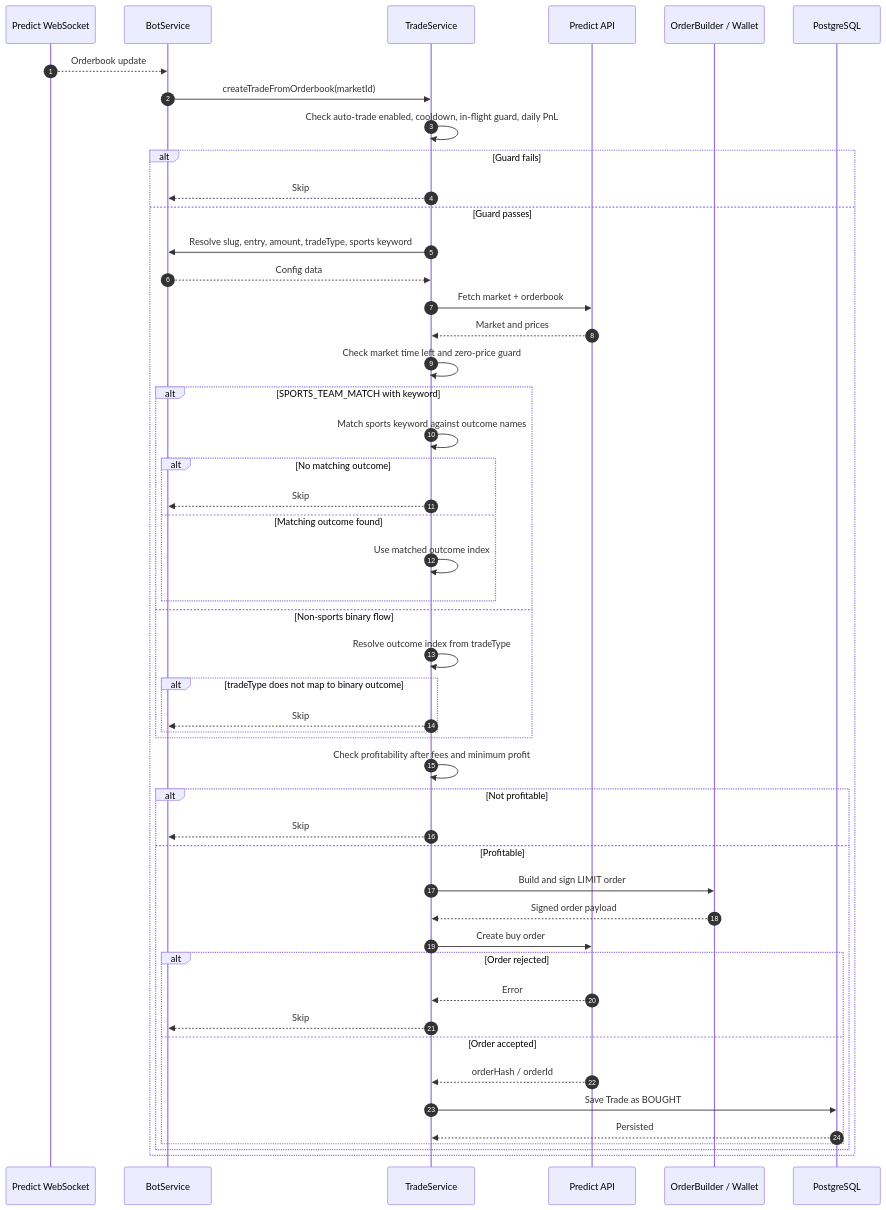
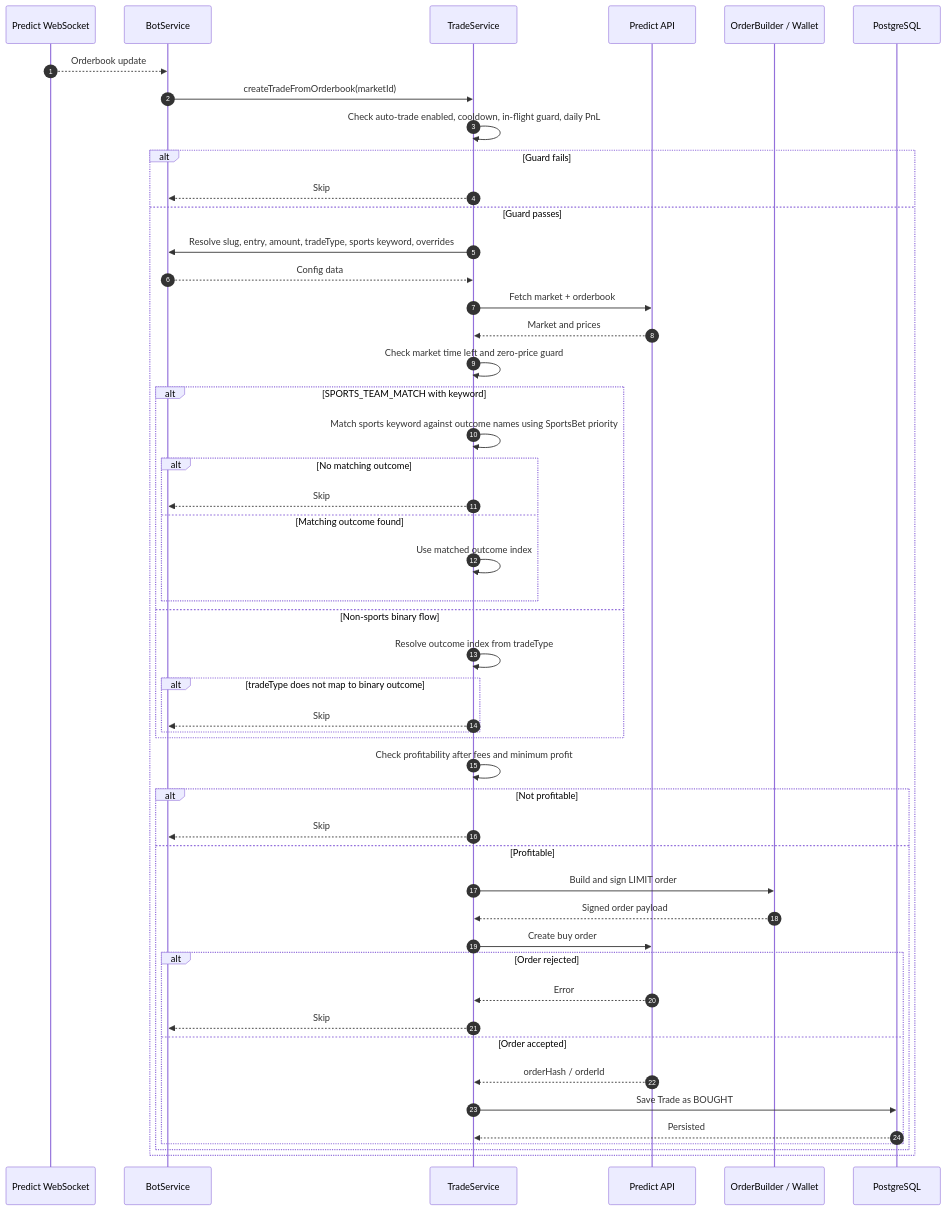
The first of 2 diagrams in docs/trading.md (blckfsh/prediction-market-trading-bot), drawn with Mermaid before and after one commit. The commit also changed other lines of this file and 20 other files, not shown here.

Commit message:
feat: forced the amount to be specified in sports and crypto bet

````diff
--- a/docs/trading.md
+++ b/docs/trading.md
@@ -144,53 +153,53 @@
 ```mermaid
 sequenceDiagram
   autonumber
 
   participant WS as Predict WebSocket
   participant Bot as BotService
   participant Trade as TradeService
   participant API as Predict API
   participant BSC as OrderBuilder / Wallet
   participant DB as PostgreSQL
 
   WS-->>Bot: Orderbook update
   Bot->>Trade: createTradeFromOrderbook(marketId)
   Trade->>Trade: Check auto-trade enabled, cooldown, in-flight guard, daily PnL
   alt Guard fails
     Trade-->>Bot: Skip
   else Guard passes
-    Trade->>Bot: Resolve slug, entry, amount, tradeType, sports keyword
+    Trade->>Bot: Resolve slug, entry, amount, tradeType, sports keyword, overrides
     Bot-->>Trade: Config data
     Trade->>API: Fetch market + orderbook
     API-->>Trade: Market and prices
     Trade->>Trade: Check market time left and zero-price guard
     alt SPORTS_TEAM_MATCH with keyword
-      Trade->>Trade: Match sports keyword against outcome names
+      Trade->>Trade: Match sports keyword against outcome names using SportsBet priority
       alt No matching outcome
         Trade-->>Bot: Skip
       else Matching outcome found
         Trade->>Trade: Use matched outcome index
       end
     else Non-sports binary flow
       Trade->>Trade: Resolve outcome index from tradeType
       alt tradeType does not map to binary outcome
         Trade-->>Bot: Skip
       end
     end
     Trade->>Trade: Check profitability after fees and minimum profit
     alt Not profitable
       Trade-->>Bot: Skip
     else Profitable
       Trade->>BSC: Build and sign LIMIT order
       BSC-->>Trade: Signed order payload
       Trade->>API: Create buy order
       alt Order rejected
         API-->>Trade: Error
         Trade-->>Bot: Skip
       else Order accepted
         API-->>Trade: orderHash / orderId
         Trade->>DB: Save Trade as BOUGHT
         DB-->>Trade: Persisted
       end
     end
   end
 ```
````
